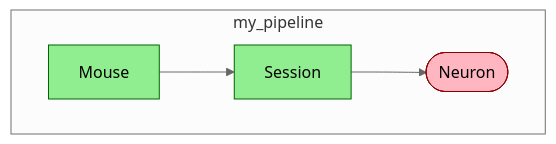
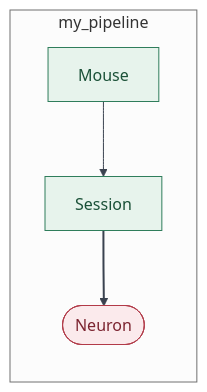
The diagram in src/reference/specs/diagram.md (datajoint/datajoint-docs), drawn with Mermaid (neutral theme) before and after one commit. The commit also changed other lines of this file, not shown here.

Commit message:
docs(diagram): modernize tier table + Mermaid example to shipped notation
Fix stale rows in the Table Tiers table (Lookup and Part are now rectangles, not
'plain text'; Part is smaller/muted white), and update the make_mermaid() output
example to the current palette and cardinality linkStyle. Companion to the
edge-weight rule correction in this PR.

````diff
--- a/src/reference/specs/diagram.md
+++ b/src/reference/specs/diagram.md
@@ -456,16 +456,18 @@
 ```mermaid
-flowchart TB
-    classDef manual fill:#90EE90,stroke:#006400
-    classDef lookup fill:#D3D3D3,stroke:#696969
-    classDef computed fill:#FFB6C1,stroke:#8B0000
-    classDef imported fill:#ADD8E6,stroke:#00008B
-    classDef part fill:#FFFFFF,stroke:#000000
+flowchart LR
+    classDef manual fill:#E7F3EC,stroke:#2F7D5B,color:#1B5138
+    classDef lookup fill:#F2F4F7,stroke:#A9B1BD,color:#495261
+    classDef computed fill:#FBEAEC,stroke:#B23A48,color:#7C2430
+    classDef imported fill:#E2ECFA,stroke:#2A5FA5,color:#123A6D
+    classDef part fill:#FFFFFF,stroke:#9AA6B8,color:#46536B
 
-    subgraph my_pipeline
+    subgraph my_pipeline["my_pipeline"]
         Mouse[Mouse]:::manual
         Session[Session]:::manual
         Neuron([Neuron]):::computed
     end
     Mouse --> Session
     Session --> Neuron
+    linkStyle 0 stroke:#3A424F,stroke-width:1px
+    linkStyle 1 stroke:#3A424F,stroke-width:2px
 ```
````
